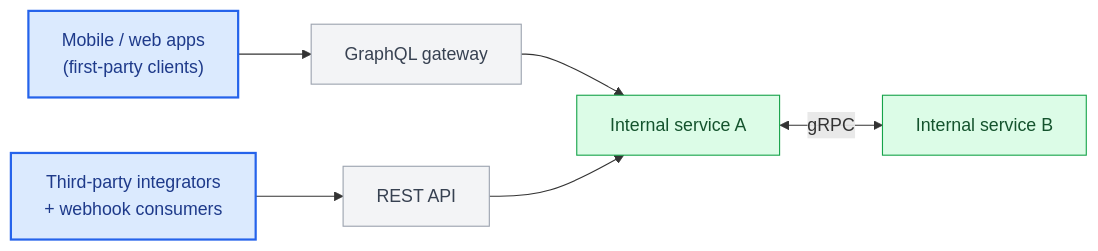
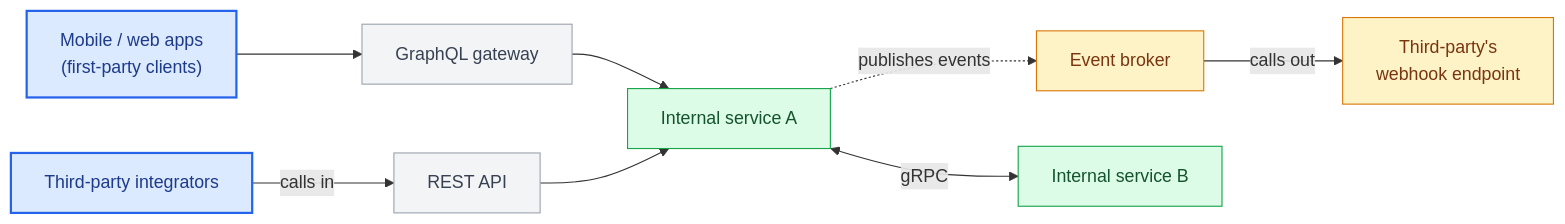
One commit to Nishamol/api-architecture-book changed the third of 3 diagrams in part1-foundations/01-introduction.md. Above: the diagram before and after it, drawn with Mermaid. The commit also changed other lines of this file and 19 other files, not shown here.

````diff
--- a/part1-foundations/01-introduction.md
+++ b/part1-foundations/01-introduction.md
@@ -170,17 +170,21 @@
 ```mermaid
 flowchart LR
     Mobile["Mobile / web apps<br/>(first-party clients)"] --> GW["GraphQL gateway"]
-    ThirdParty["Third-party integrators<br/>+ webhook consumers"] --> REST["REST API"]
+    ThirdParty["Third-party integrators"] -->|"calls in"| REST["REST API"]
+    Broker["Event broker"] -->|"calls out"| WebhookEndpoint["Third-party's<br/>webhook endpoint"]
 
     GW --> SvcA["Internal service A"]
     REST --> SvcA
     SvcA <-->|gRPC| SvcB["Internal service B"]
+    SvcA -.->|publishes events| Broker
 
     classDef client fill:#dbeafe,stroke:#2563eb,color:#1e3a8a,stroke-width:2px
     classDef neutral fill:#f3f4f6,stroke:#9ca3af,color:#374151
     classDef success fill:#dcfce7,stroke:#16a34a,color:#14532d
+    classDef warn fill:#fef3c7,stroke:#d97706,color:#78350f
 
     class Mobile,ThirdParty client
     class GW,REST neutral
     class SvcA,SvcB success
+    class Broker,WebhookEndpoint warn
 ```
````
